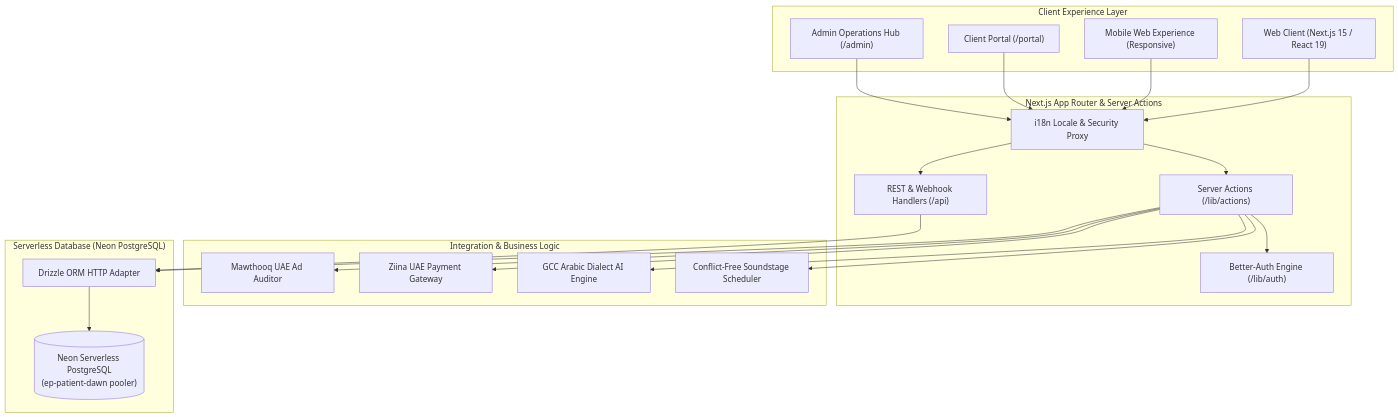
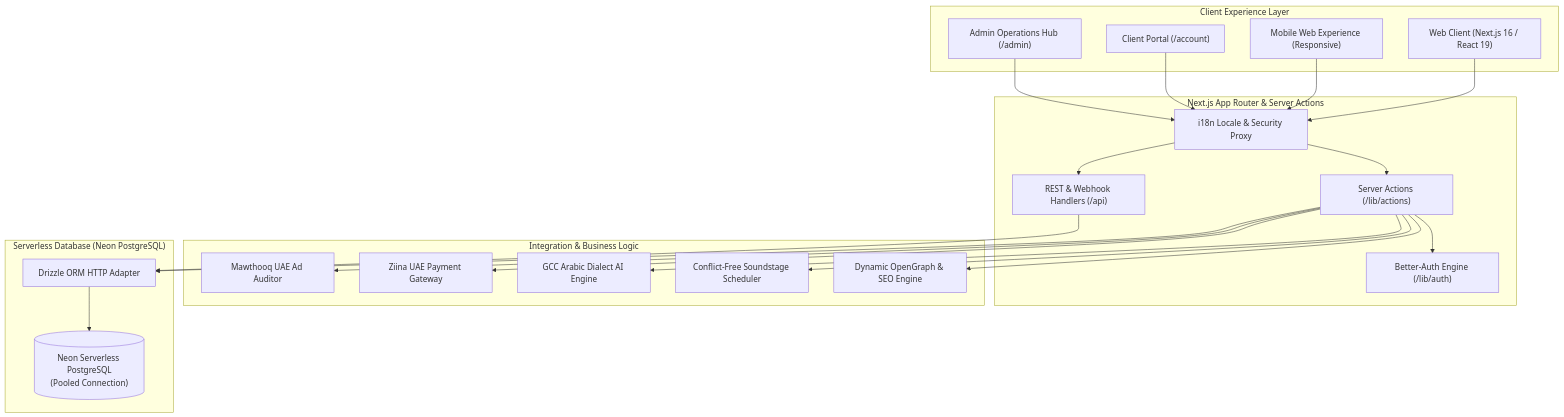
One commit to galilio2023/yaspro changed the first of 2 diagrams in README.md. Above: the diagram before and after it, drawn with Mermaid. The commit also changed other lines of this file, not shown here.

Commit message:
docs: update README to reflect current architecture, routes, OpenGraph, and deployment state

````diff
--- a/README.md
+++ b/README.md
@@ -26,46 +29,48 @@
 ```mermaid
 flowchart TB
     subgraph ClientLayer [" Client Experience Layer "]
-        Web["Web Client (Next.js 15 / React 19)"]
+        Web["Web Client (Next.js 16 / React 19)"]
         Mobile["Mobile Web Experience (Responsive)"]
-        Portal["Client Portal (/portal)"]
+        Portal["Client Portal (/account)"]
         Admin["Admin Operations Hub (/admin)"]
     end
 
     subgraph AppRouter [" Next.js App Router & Server Actions "]
         Middleware["i18n Locale & Security Proxy"]
         Actions["Server Actions (/lib/actions)"]
         API["REST & Webhook Handlers (/api)"]
         AuthModule["Better-Auth Engine (/lib/auth)"]
     end
 
     subgraph ServiceLayer [" Integration & Business Logic "]
         Mawthooq["Mawthooq UAE Ad Auditor"]
         ZiinaSvc["Ziina UAE Payment Gateway"]
         DialectEng["GCC Arabic Dialect AI Engine"]
         Scheduler["Conflict-Free Soundstage Scheduler"]
+        MetadataSvc["Dynamic OpenGraph & SEO Engine"]
     end
 
     subgraph DataLayer [" Serverless Database (Neon PostgreSQL) "]
         Drizzle["Drizzle ORM HTTP Adapter"]
-        NeonDB[("Neon Serverless PostgreSQL\n(ep-patient-dawn pooler)")]
+        NeonDB[("Neon Serverless PostgreSQL\n(Pooled Connection)")]
     end
 
     Web --> Middleware
     Mobile --> Middleware
     Portal --> Middleware
     Admin --> Middleware
 
     Middleware --> Actions
     Middleware --> API
     Actions --> AuthModule
 
     Actions --> Mawthooq
     Actions --> ZiinaSvc
     Actions --> DialectEng
     Actions --> Scheduler
+    Actions --> MetadataSvc
 
     Actions --> Drizzle
     API --> Drizzle
     Drizzle --> NeonDB
 ```
````
